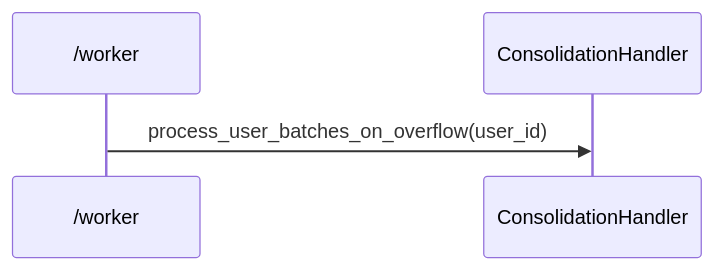
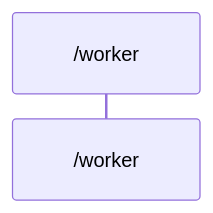
The second of 2 diagrams in docs/06_runtime/README.md (ddmd72/alekbot-core), drawn with Mermaid before and after one commit. The commit also changed other lines of this file and 9 other files, not shown here.

First line of the commit message:
Facts S2 T8: drop the deleted consolidation handler from docs, versions in CLAUDE.md, schema and the test-guide example

````diff
--- a/docs/06_runtime/README.md
+++ b/docs/06_runtime/README.md
@@ -336,39 +336,40 @@
 ```mermaid
 sequenceDiagram
     
     
     
     participant W as /worker
-    participant CH as ConsolidationHandler
+    
     
     
     
 
     
     
     
     
 
     
     
     
 
     
-    W->>CH: process_user_batches_on_overflow(user_id)
+    
+    
     
     
 
     
     
 
     
     
     
     
     
 
     
     
 
     
 ```
````
